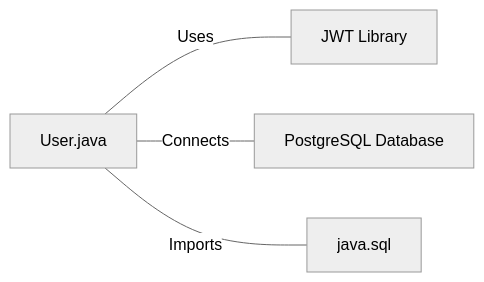
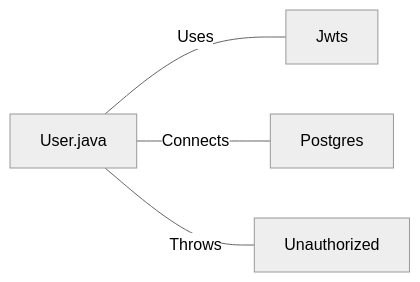
Before and after one commit to julioarruda/vulnado: the second of 2 diagrams in wiki/src/java/com/scalesec/vulnado/User.java.md, drawn with Mermaid (neutral theme). The commit also changed other lines of this file and 1 other file, not shown here.

````diff
--- a/wiki/src/java/com/scalesec/vulnado/User.java.md
+++ b/wiki/src/java/com/scalesec/vulnado/User.java.md
@@ -33,6 +30,6 @@
 ```mermaid
-graph LR
-    User.java --- |"Uses"| jwt["JWT Library"]
-    User.java --- |"Connects"| postgres["PostgreSQL Database"]
-    User.java --- |"Imports"| java_sql["java.sql"]
+flowchart LR
+    User.java --- |"Uses"| Jwts
+    User.java --- |"Connects"| Postgres
+    User.java --- |"Throws"| Unauthorized
 ```
````
